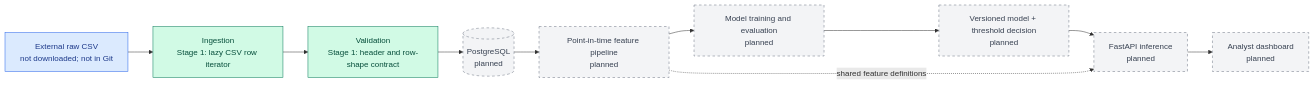
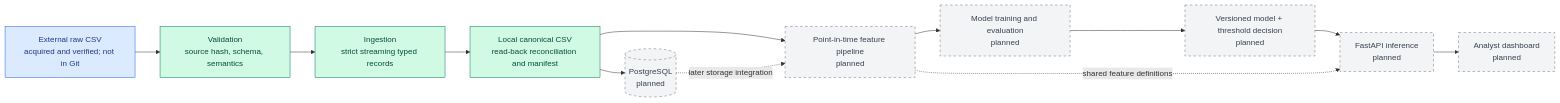
Before and after one commit to Riad905/TransactionShield: the diagram in docs/architecture.md, drawn with Mermaid. The commit also changed other lines of this file and 12 other files, not shown here.

````diff
--- a/docs/architecture.md
+++ b/docs/architecture.md
@@ -5,22 +5,26 @@
 ```mermaid
 flowchart LR
-    A[External raw CSV<br/>not downloaded; not in Git]
-    B[Ingestion<br/>Stage 1: lazy CSV row iterator]
-    V[Validation<br/>Stage 1: header and row-shape contract]
+    A[External raw CSV<br/>acquired and verified; not in Git]
+    B[Ingestion<br/>strict streaming typed records]
+    V[Validation<br/>source hash, schema, semantics]
+    L[Local canonical CSV<br/>read-back reconciliation and manifest]
     C[(PostgreSQL<br/>planned)]
     D[Point-in-time feature pipeline<br/>planned]
     E[Model training and evaluation<br/>planned]
     F[Versioned model + threshold decision<br/>planned]
     G[FastAPI inference<br/>planned]
     H[Analyst dashboard<br/>planned]
 
-    A --> B --> V --> C --> D --> E --> F --> G --> H
+    A --> V --> B --> L
+    L --> D --> E --> F --> G --> H
+    L --> C
+    C -. later storage integration .-> D
     D -. shared feature definitions .-> G
 
     classDef implemented fill:#d1fae5,stroke:#047857,color:#064e3b;
     classDef future fill:#f3f4f6,stroke:#6b7280,color:#374151,stroke-dasharray: 5 5;
     classDef external fill:#dbeafe,stroke:#2563eb,color:#1e3a8a;
-    class B,V implemented;
+    class B,V,L implemented;
     class C,D,E,F,G,H future;
     class A external;
 ```
````
